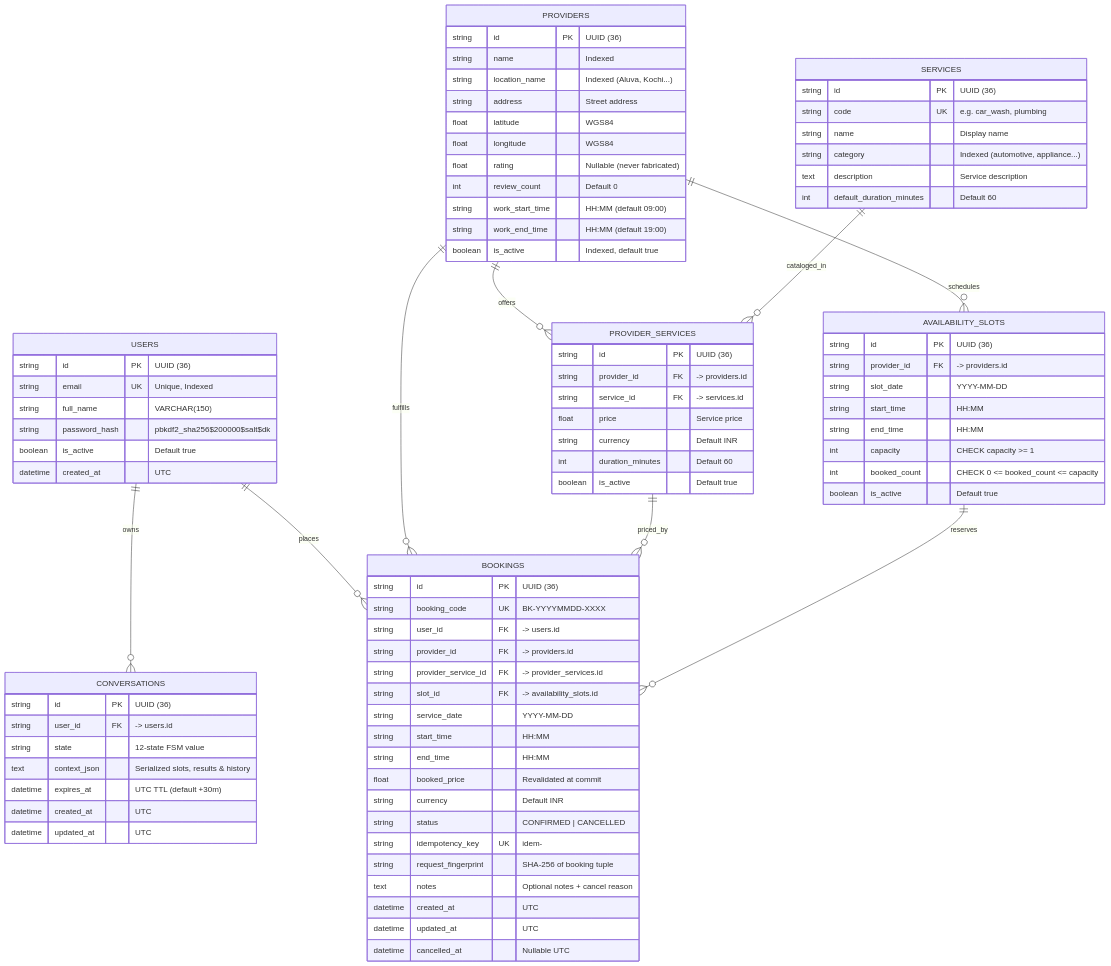
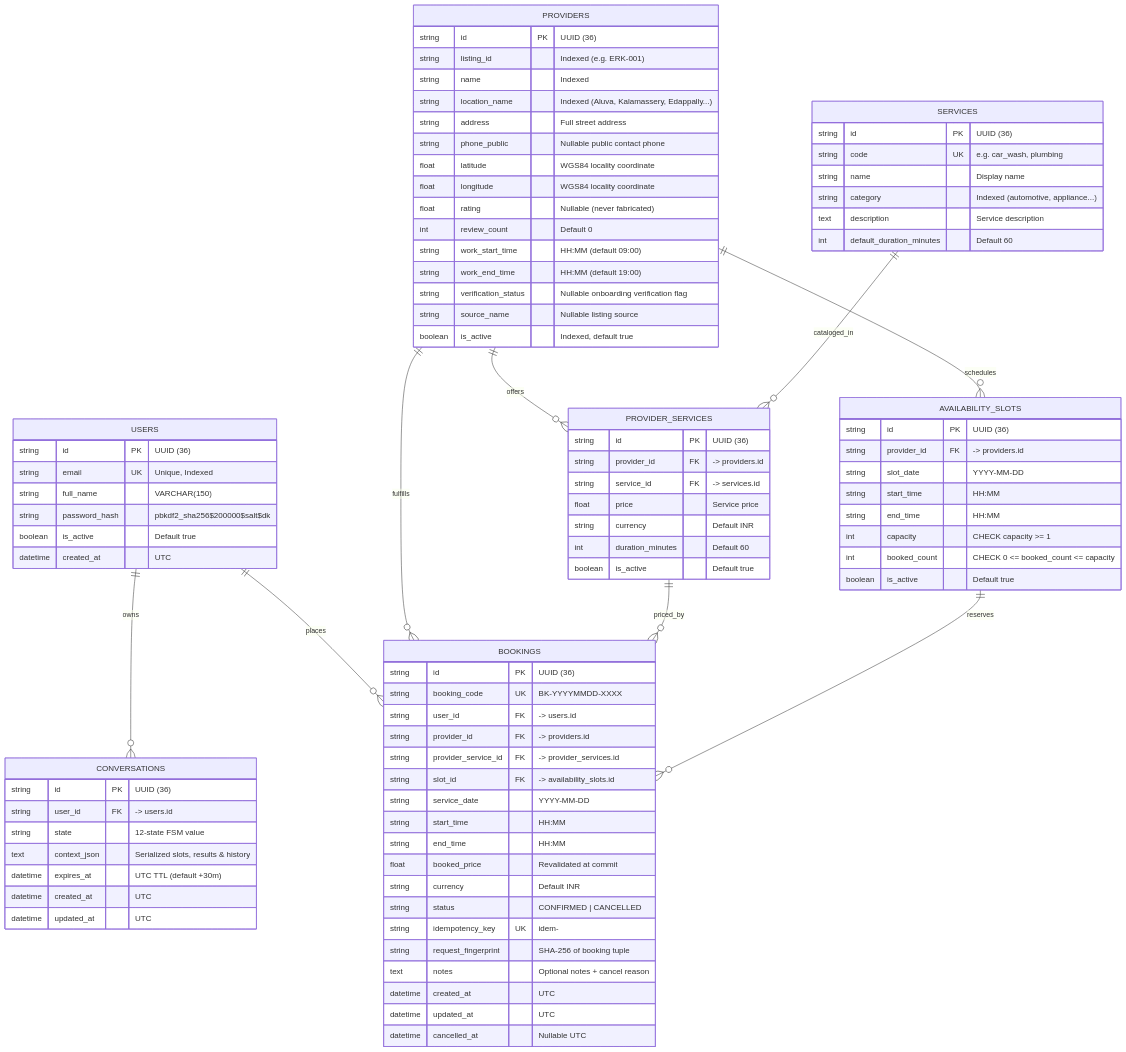
Before and after one commit to zalmxn/agentic: the second of 9 diagrams in README.md, drawn with Mermaid. The commit also changed other lines of this file, not shown here.

Commit message:
Enhance provider model with listing_id, phone_public, verification_status, and source_name; update pricing details and seed data for clarity

```diff
--- a/README.md
+++ b/README.md
@@ -133,15 +133,19 @@
 
     PROVIDERS {
         string id PK "UUID (36)"
+        string listing_id "Indexed (e.g. ERK-001)"
         string name "Indexed"
-        string location_name "Indexed (Aluva, Kochi...)"
-        string address "Street address"
-        float latitude "WGS84"
-        float longitude "WGS84"
+        string location_name "Indexed (Aluva, Kalamassery, Edappally...)"
+        string address "Full street address"
+        string phone_public "Nullable public contact phone"
+        float latitude "WGS84 locality coordinate"
+        float longitude "WGS84 locality coordinate"
         float rating "Nullable (never fabricated)"
         int review_count "Default 0"
         string work_start_time "HH:MM (default 09:00)"
         string work_end_time "HH:MM (default 19:00)"
+        string verification_status "Nullable onboarding verification flag"
+        string source_name "Nullable listing source"
         boolean is_active "Indexed, default true"
     }
 
```
